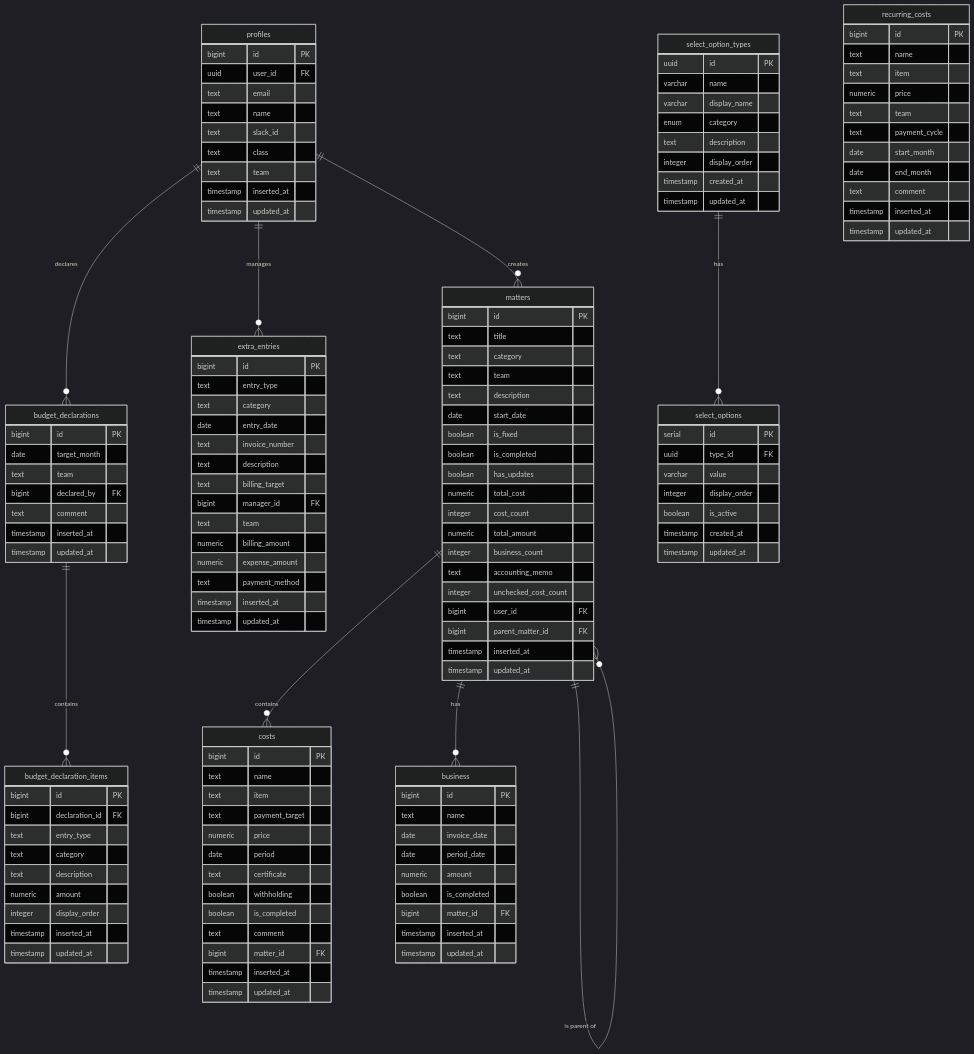
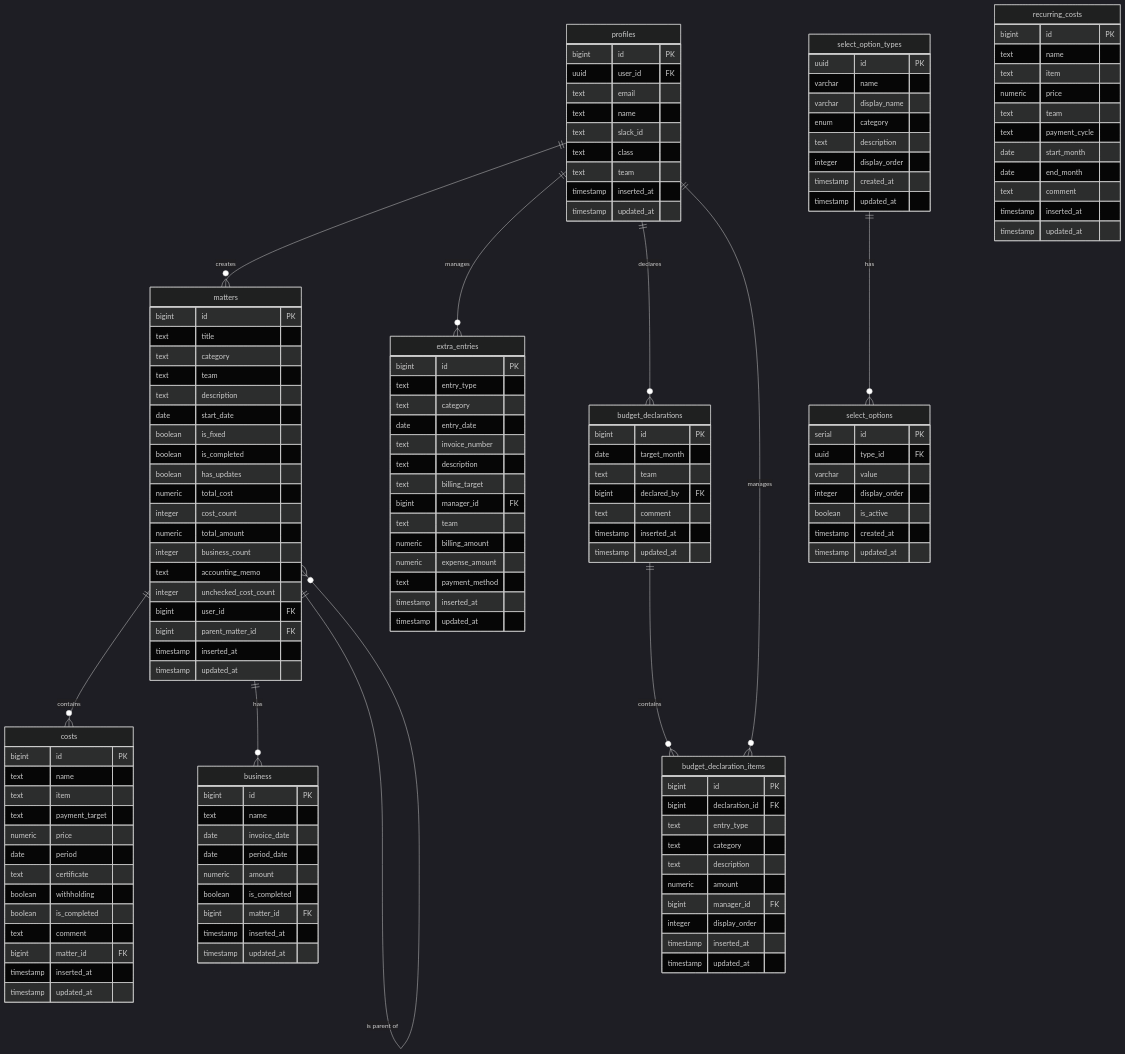
The diagram in docs/database.md (Singuralitylabs/accounting-system), drawn with Mermaid (dark theme) before and after one commit. The commit also changed other lines of this file and 16 other files, not shown here.

```diff
--- a/docs/database.md
+++ b/docs/database.md
@@ -1169,6 +1213,7 @@
     profiles ||--o{ matters : "creates"
     profiles ||--o{ extra_entries : "manages"
     profiles ||--o{ budget_declarations : "declares"
+    profiles ||--o{ budget_declaration_items : "manages"
     budget_declarations ||--o{ budget_declaration_items : "contains"
     matters ||--o{ costs : "contains"
     matters ||--o{ business : "has"
@@ -1306,6 +1351,7 @@
         text category
         text description
         numeric amount
+        bigint manager_id FK
         integer display_order
         timestamp inserted_at
         timestamp updated_at
```
